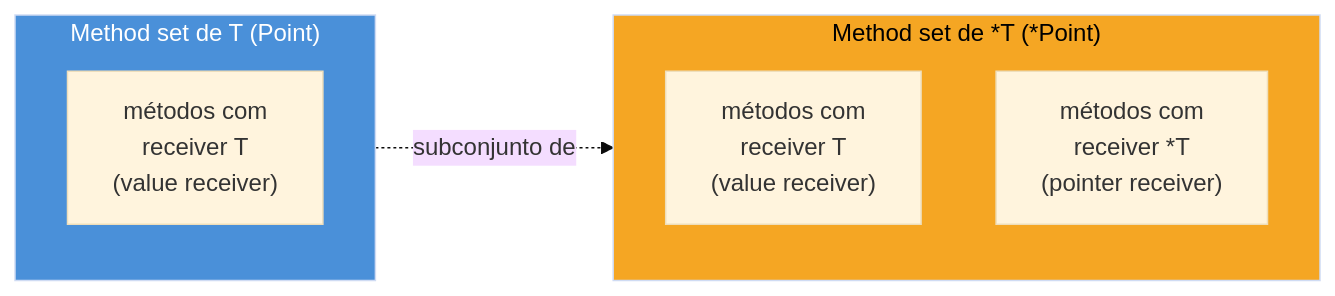
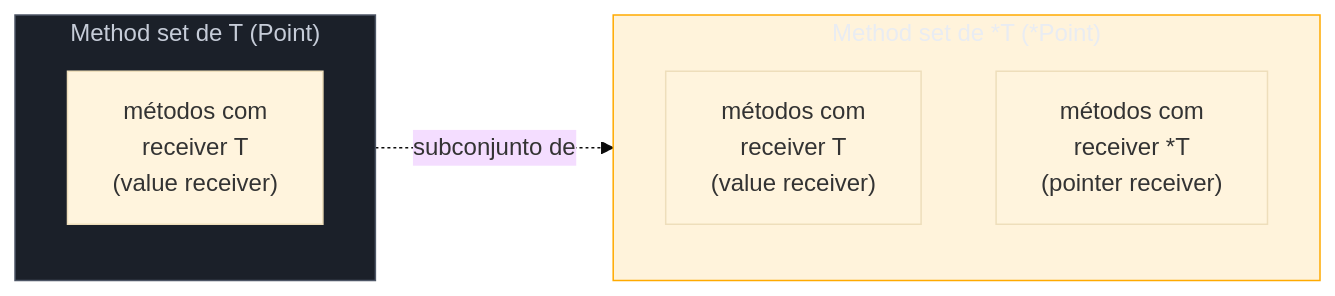
The second of 2 diagrams in 03-Dominios/Tecnologia/Go/02 - Tipos, structs e métodos/04 - Value vs pointer receiver.md (josenaldo/codex-technomanticus), drawn with Mermaid (base theme) before and after one commit. The commit also changed other lines of this file and 1181 other files, not shown here.

First line of the commit message:
fix(diagramas): paleta do sistema no lugar de cor cravada no markdown

````diff
--- a/03-Dominios/Tecnologia/Go/02 - Tipos, structs e métodos/04 - Value vs pointer receiver.md
+++ b/03-Dominios/Tecnologia/Go/02 - Tipos, structs e métodos/04 - Value vs pointer receiver.md
@@ -166,16 +168,18 @@
 ```mermaid
 flowchart LR
+    classDef neutro fill:#1B2029,stroke:#4E5666,color:#C6CCD8
+    classDef destaque fill:#FFAA0024,stroke:#FFAA00,color:#E9ECF2
     subgraph MST["Method set de T (Point)"]
         M1["métodos com\nreceiver T\n(value receiver)"]
     end
 
     subgraph MSP["Method set de *T (*Point)"]
         M2["métodos com\nreceiver T\n(value receiver)"]
         M3["métodos com\nreceiver *T\n(pointer receiver)"]
     end
 
     MST -.->|"subconjunto de"| MSP
 
-    style MST fill:#4A90D9,color:#fff
-    style MSP fill:#F5A623,color:#000
+    class MST neutro
+    class MSP destaque
 ```
````
